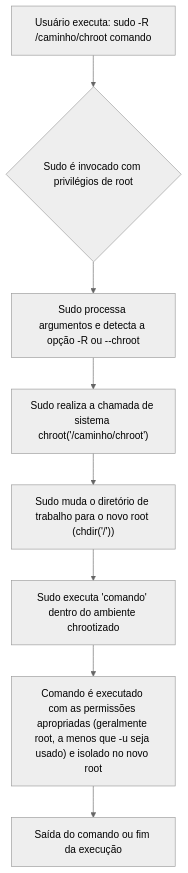
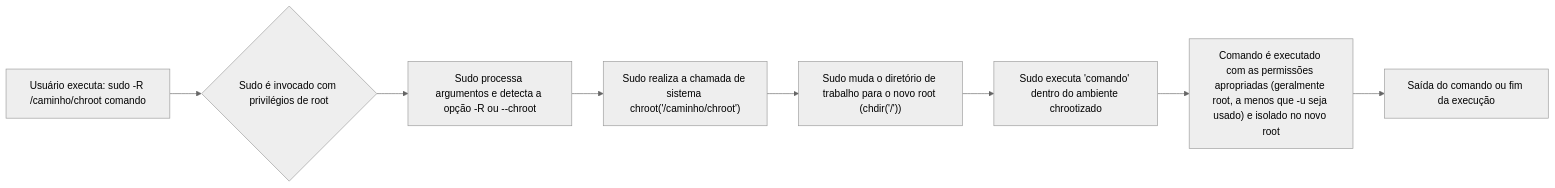
The second of 2 diagrams in CVEs/2025-32463/paper.md (Yyax13/Papers), drawn with Mermaid (neutral theme) before and after one commit. The commit also changed other lines of this file, not shown here.

Commit message:
FIX - Change mermaid diagram direction from TD to LR for better readability

````diff
--- a/CVEs/2025-32463/paper.md
+++ b/CVEs/2025-32463/paper.md
@@ -175,11 +175,11 @@
 ```mermaid
-graph TD
+graph LR
     A[Usuário executa: sudo -R /caminho/chroot comando] --> B{Sudo é invocado com privilégios de root}
     B --> C[Sudo processa argumentos e detecta a opção -R ou --chroot]
     C --> D["Sudo realiza a chamada de sistema chroot('/caminho/chroot')"]
     D --> E["Sudo muda o diretório de trabalho para o novo root (chdir('/'))"]
     E --> F["Sudo executa 'comando' dentro do ambiente chrootizado"]
     F --> G["Comando é executado com as permissões apropriadas (geralmente root, a menos que -u seja usado) e isolado no novo root"]
     G --> H[Saída do comando ou fim da execução]
 
 ```
````
